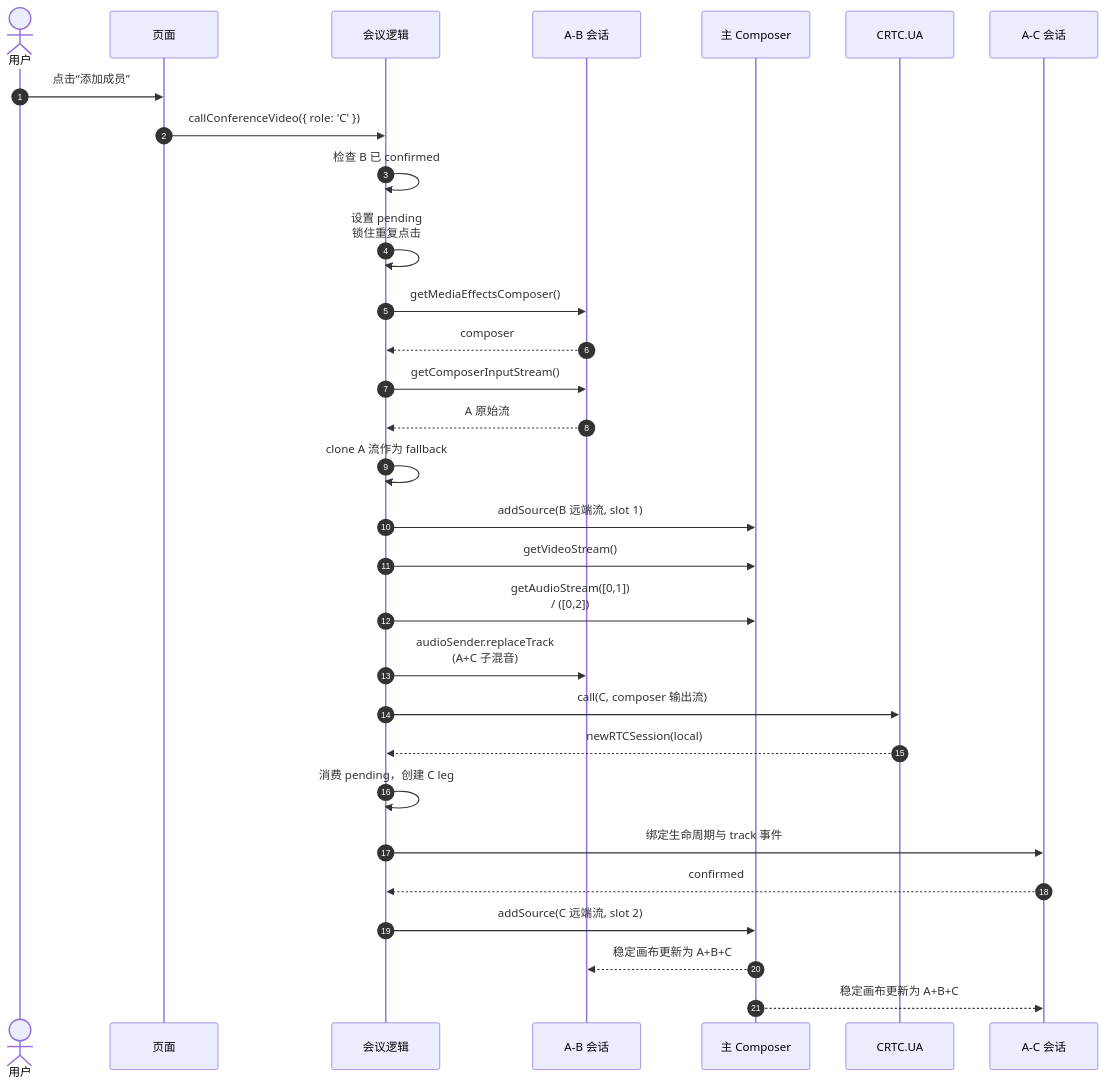
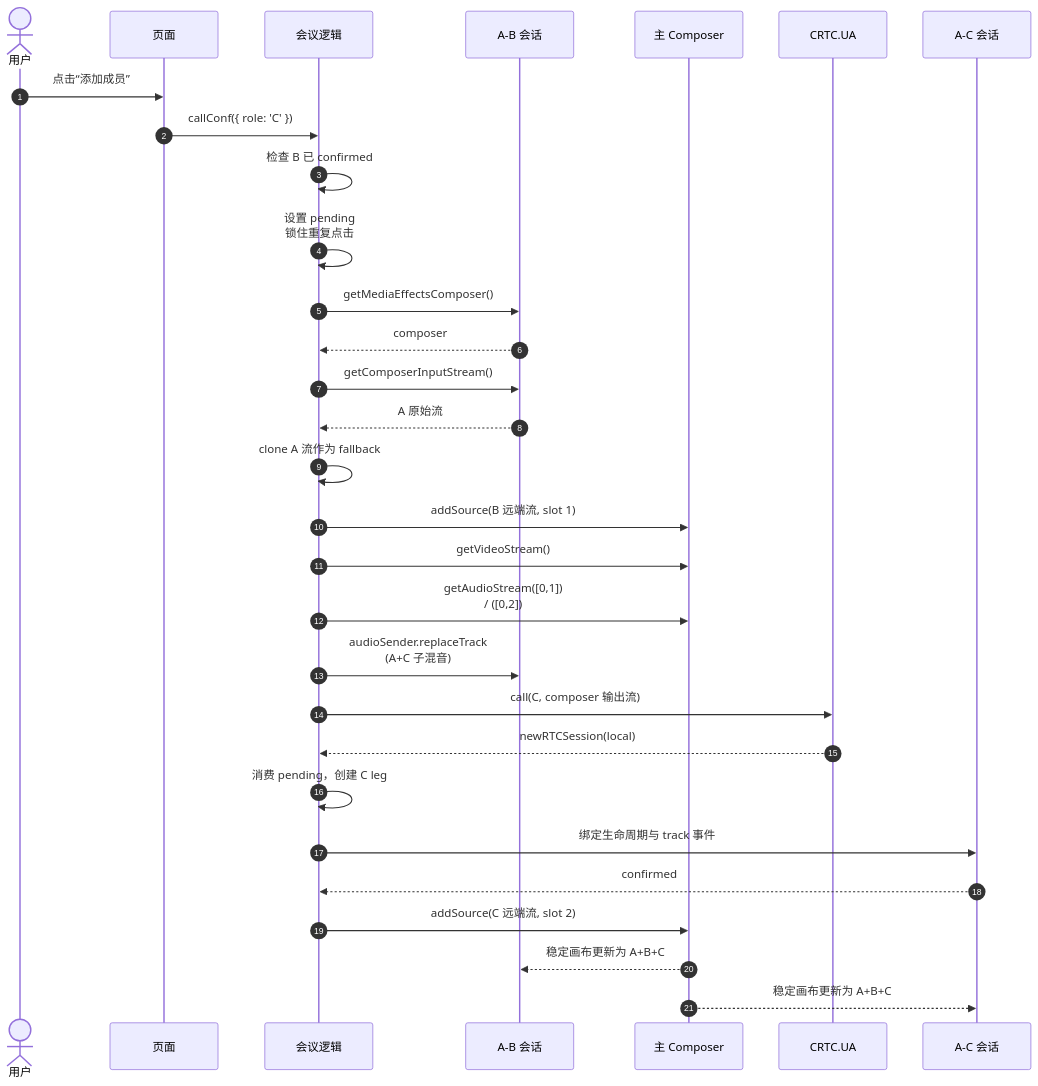
Before and after one commit to lei40251/JsSIP: the fifth of 20 diagrams in docs/app-conference-guide.md, drawn with Mermaid. The commit also changed other lines of this file and 31 other files, not shown here.

````diff
--- a/docs/app-conference-guide.md
+++ b/docs/app-conference-guide.md
@@ -312,33 +315,33 @@
 ```mermaid
 sequenceDiagram
   autonumber
   actor User as 用户
   participant UI as 页面
   participant Conf as 会议逻辑
   participant BSession as A-B 会话
   participant Composer as 主 Composer
   participant UA as CRTC.UA
   participant CSession as A-C 会话
 
   User->>UI: 点击“添加成员”
-  UI->>Conf: callConferenceVideo({ role: 'C' })
+  UI->>Conf: callConf({ role: 'C' })
   Conf->>Conf: 检查 B 已 confirmed
   Conf->>Conf: 设置 pending<br/>锁住重复点击
   Conf->>BSession: getMediaEffectsComposer()
   BSession-->>Conf: composer
   Conf->>BSession: getComposerInputStream()
   BSession-->>Conf: A 原始流
   Conf->>Conf: clone A 流作为 fallback
   Conf->>Composer: addSource(B 远端流, slot 1)
   Conf->>Composer: getVideoStream()
   Conf->>Composer: getAudioStream([0,1])<br/>/ ([0,2])
   Conf->>BSession: audioSender.replaceTrack<br/>(A+C 子混音)
   Conf->>UA: call(C, composer 输出流)
   UA-->>Conf: newRTCSession(local)
   Conf->>Conf: 消费 pending，创建 C leg
   Conf->>CSession: 绑定生命周期与 track 事件
   CSession-->>Conf: confirmed
   Conf->>Composer: addSource(C 远端流, slot 2)
   Composer-->>BSession: 稳定画布更新为 A+B+C
   Composer-->>CSession: 稳定画布更新为 A+B+C
 ```
````
